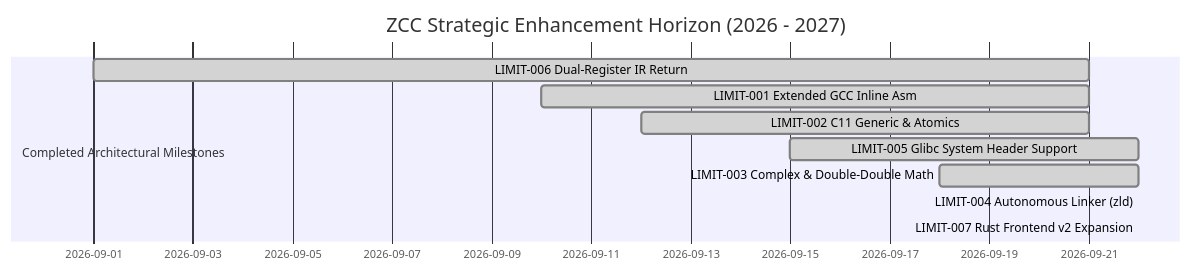
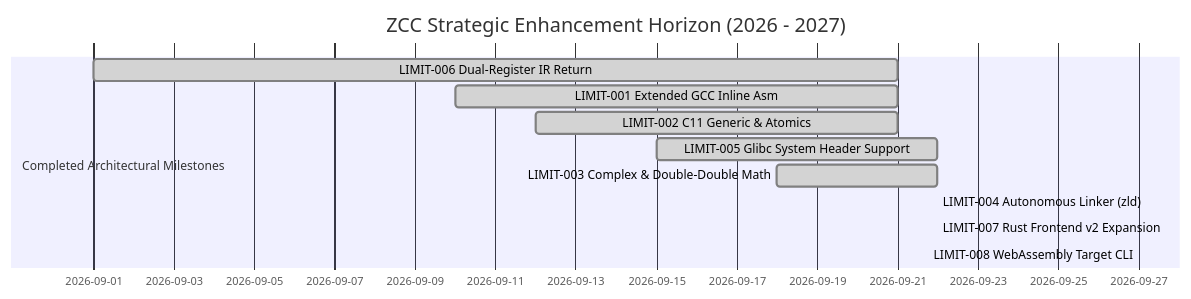
The diagram in docs/ZCC_LIMITATIONS_AND_GOALS.md (invariantzkaedi/zcc-bootstrap-compiler), drawn with Mermaid before and after one commit. The commit also changed other lines of this file and 11 other files, not shown here.

````diff
--- a/docs/ZCC_LIMITATIONS_AND_GOALS.md
+++ b/docs/ZCC_LIMITATIONS_AND_GOALS.md
@@ -186,13 +187,14 @@
 ```mermaid
 gantt
     title ZCC Strategic Enhancement Horizon (2026 - 2027)
     dateFormat  YYYY-MM-DD
     section Completed Architectural Milestones
     LIMIT-006 Dual-Register IR Return       :done, 2026-09-01, 2026-09-21
     LIMIT-001 Extended GCC Inline Asm       :done, 2026-09-10, 2026-09-21
     LIMIT-002 C11 Generic & Atomics         :done, 2026-09-12, 2026-09-21
     LIMIT-005 Glibc System Header Support   :done, 2026-09-15, 2026-09-22
     LIMIT-003 Complex & Double-Double Math  :done, 2026-09-18, 2026-09-22
     LIMIT-004 Autonomous Linker (zld)       :done, 2026-09-22, 2026-09-22
     LIMIT-007 Rust Frontend v2 Expansion    :done, 2026-09-22, 2026-09-22
+    LIMIT-008 WebAssembly Target CLI        :done, 2026-09-27, 2026-09-27
 ```
````
